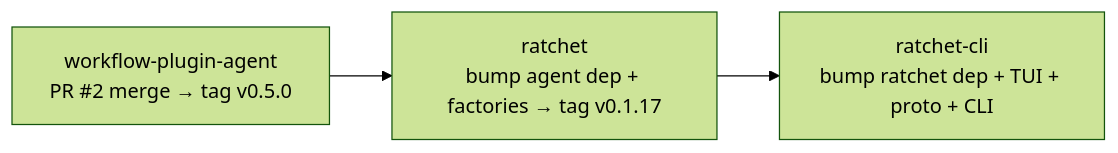
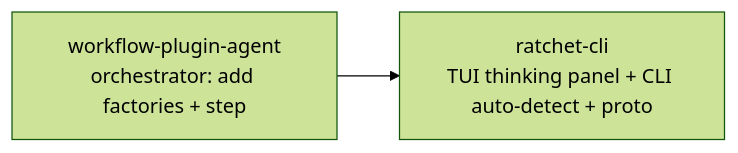
Before and after one commit to GoCodeAlone/ratchet-cli: the diagram in docs/plans/2026-03-28-local-inference-integration-design.md, drawn with Mermaid (forest theme). The commit also changed other lines of this file, not shown here.

First line of the commit message:
docs: update design for orchestrator consolidation

````diff
--- a/docs/plans/2026-03-28-local-inference-integration-design.md
+++ b/docs/plans/2026-03-28-local-inference-integration-design.md
@@ -13,5 +20,4 @@
 ```mermaid
 graph LR
-    A["workflow-plugin-agent<br/>PR #2 merge → tag v0.5.0"] --> B["ratchet<br/>bump agent dep + factories → tag v0.1.17"]
-    B --> C["ratchet-cli<br/>bump ratchet dep + TUI + proto + CLI"]
+    A["workflow-plugin-agent<br/>orchestrator: add factories + step"] --> B["ratchet-cli<br/>TUI thinking panel + CLI auto-detect + proto"]
 ```
````
